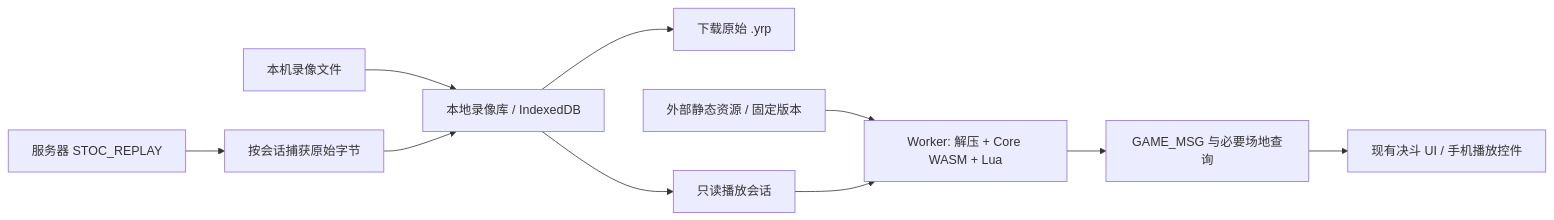
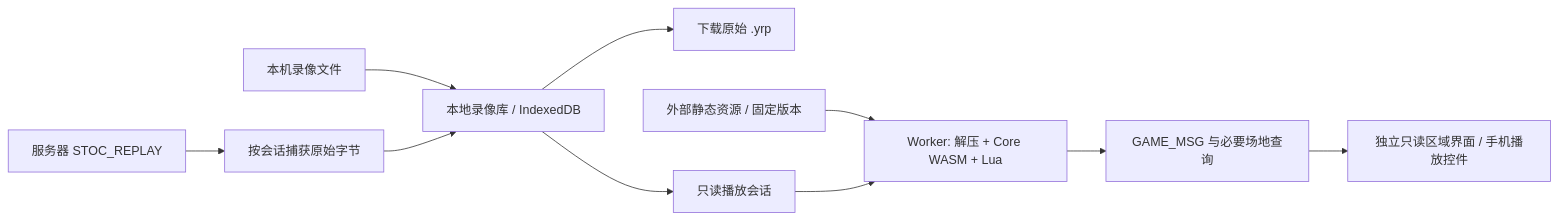
The diagram in docs/replay-phase2-plan.md (301zrg/srvprotiantiweb), drawn with Mermaid before and after one commit. The commit also changed other lines of this file and 326 other files, not shown here.

````diff
--- a/docs/replay-phase2-plan.md
+++ b/docs/replay-phase2-plan.md
@@ -54,12 +54,12 @@
 ```mermaid
 flowchart LR
   File[本机录像文件] --> Library[本地录像库 / IndexedDB]
   WSS[服务器 STOC_REPLAY] --> Capture[按会话捕获原始字节]
   Capture --> Library
   Library --> Download[下载原始 .yrp]
   Library --> Player[只读播放会话]
   CDN[外部静态资源 / 固定版本] --> Worker[Worker: 解压 + Core WASM + Lua]
   Player --> Worker
   Worker --> Bridge[GAME_MSG 与必要场地查询]
-  Bridge --> UI[现有决斗 UI / 手机播放控件]
+  Bridge --> UI[独立只读区域界面 / 手机播放控件]
 ```
````
